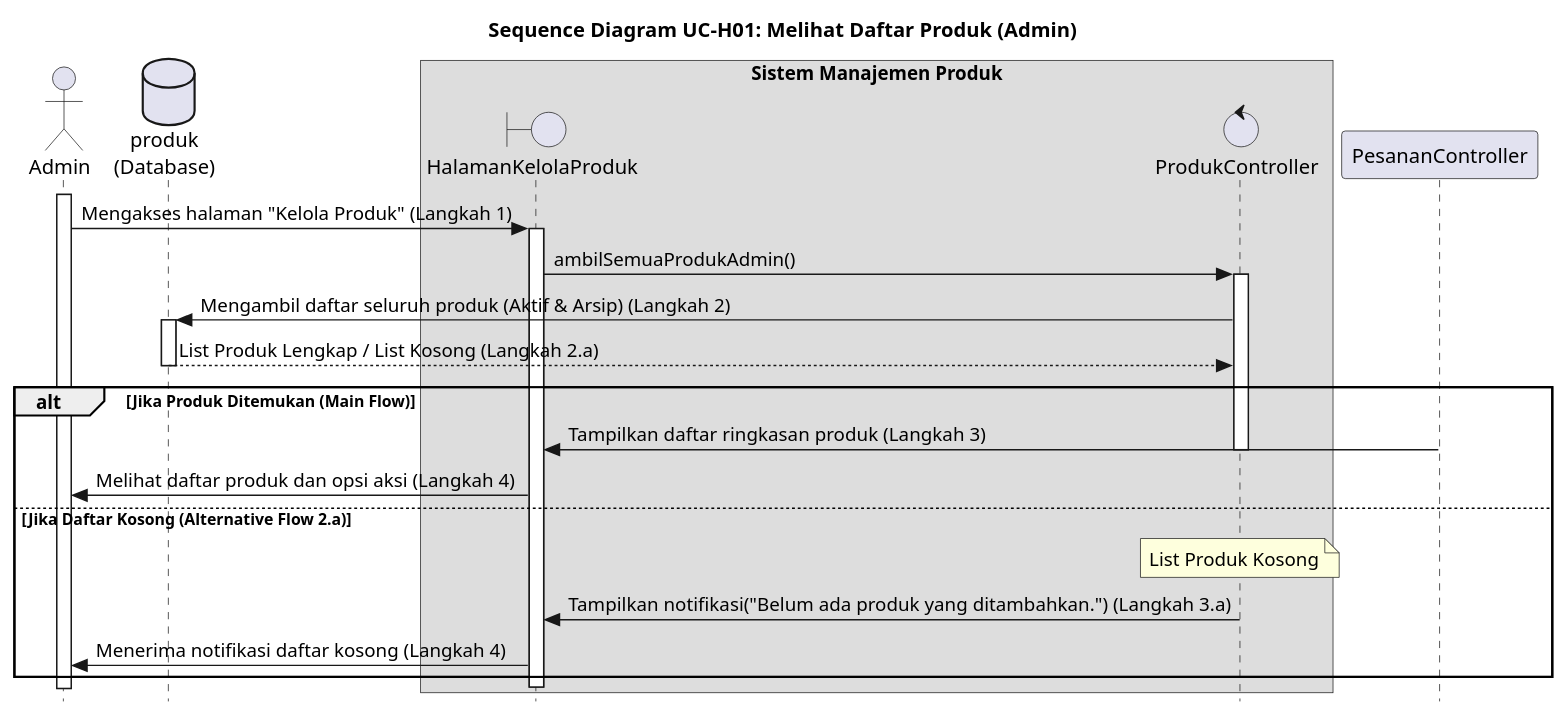
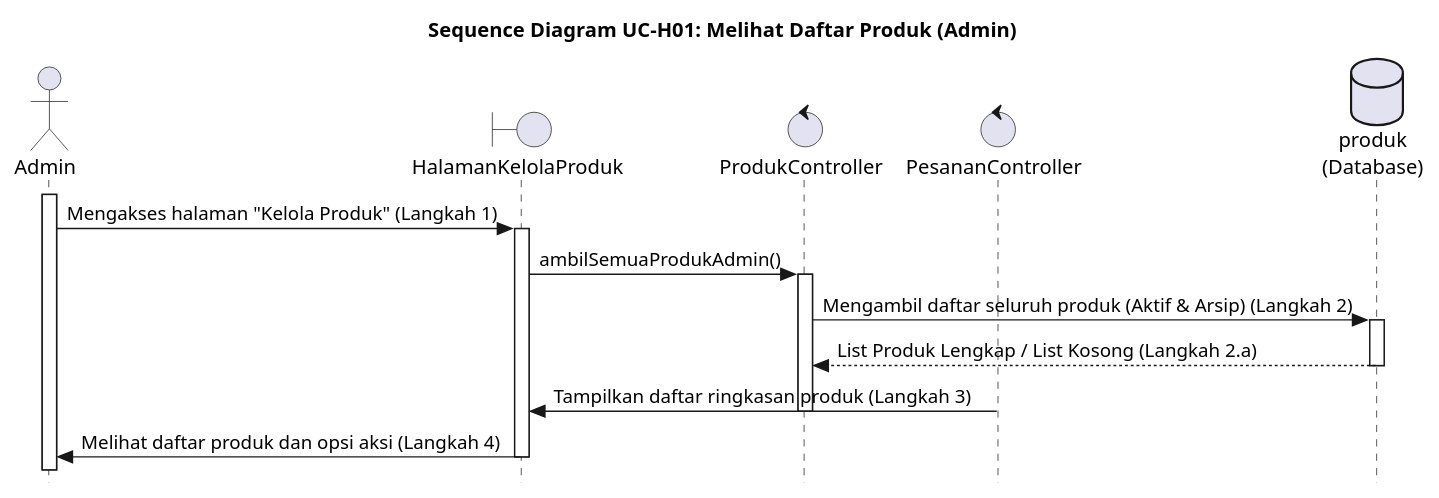
Before and after one commit to alfiahnurfa/RSI-PROYEK-AKHIR-SEQUENCE: the diagram in UC-H01.PUML, drawn with PlantUML. The commit also changed 57 other files, not shown here.

```diff
--- a/UC-H01.PUML
+++ b/UC-H01.PUML
@@ -1,43 +1,46 @@
 @startuml SD-UC-H01_MelihatDaftarProdukAdmin
 title Sequence Diagram UC-H01: Melihat Daftar Produk (Admin)
 skinparam style strictuml
 
 actor Admin
 boundary HalamanKelolaProduk
 control ProdukController
+control PesananController
 database produk as "produk\n(Database)"
 
-box "Sistem Manajemen Produk"
-    participant HalamanKelolaProduk
-    participant ProdukController
-end box
+' box "Sistem Manajemen Produk"
+'     participant HalamanKelolaProduk
+'     participant ProdukController
+' end box
 
 activate Admin
 Admin -> HalamanKelolaProduk : Mengakses halaman "Kelola Produk" (Langkah 1)
 activate HalamanKelolaProduk
 
 HalamanKelolaProduk -> ProdukController : ambilSemuaProdukAdmin()
 activate ProdukController
 
 ProdukController -> produk : Mengambil daftar seluruh produk (Aktif & Arsip) (Langkah 2)
 activate produk
 return List Produk Lengkap / List Kosong (Langkah 2.a)
 deactivate produk
 
-alt Jika Produk Ditemukan (Main Flow)
-    PesananController -> HalamanKelolaProduk : Tampilkan daftar ringkasan produk (Langkah 3)
-    deactivate ProdukController
+PesananController -> HalamanKelolaProduk : Tampilkan daftar ringkasan produk (Langkah 3)
+deactivate ProdukController
+
+HalamanKelolaProduk -> Admin : Melihat daftar produk dan opsi aksi (Langkah 4)
+
+' alt Jika Produk Ditemukan (Main Flow)
+
+' else Jika Daftar Kosong (Alternative Flow 2.a)
+'     note over ProdukController
+'         List Produk Kosong
+'     end note
+'     ProdukController -> HalamanKelolaProduk : Tampilkan notifikasi("Belum ada produk yang ditambahkan.") (Langkah 3.a)
+'     deactivate ProdukController
     
-    HalamanKelolaProduk -> Admin : Melihat daftar produk dan opsi aksi (Langkah 4)
-else Jika Daftar Kosong (Alternative Flow 2.a)
-    note over ProdukController
-        List Produk Kosong
-    end note
-    ProdukController -> HalamanKelolaProduk : Tampilkan notifikasi("Belum ada produk yang ditambahkan.") (Langkah 3.a)
-    deactivate ProdukController
-    
-    HalamanKelolaProduk -> Admin : Menerima notifikasi daftar kosong (Langkah 4)
-end alt
+'     HalamanKelolaProduk -> Admin : Menerima notifikasi daftar kosong (Langkah 4)
+' end alt
 deactivate HalamanKelolaProduk
 
 @enduml
```
